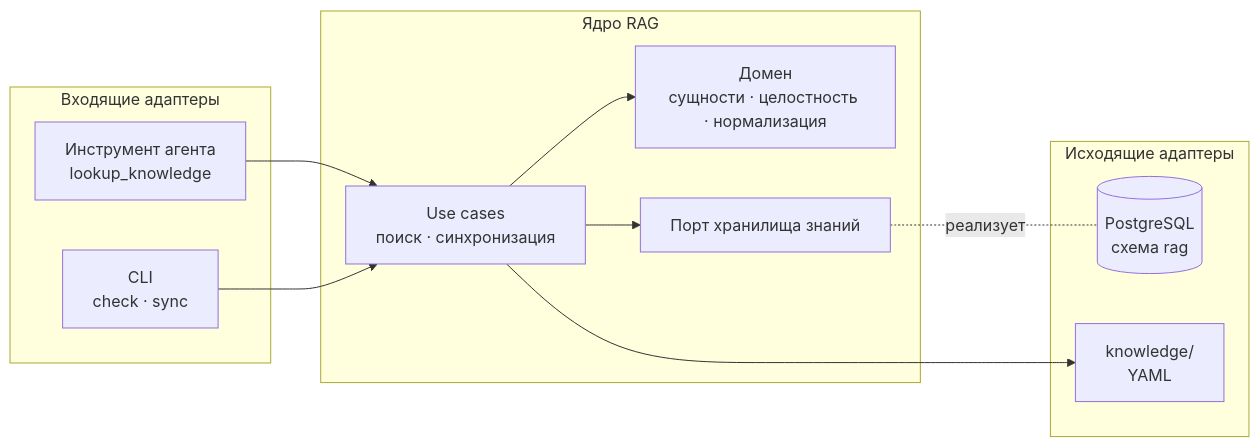
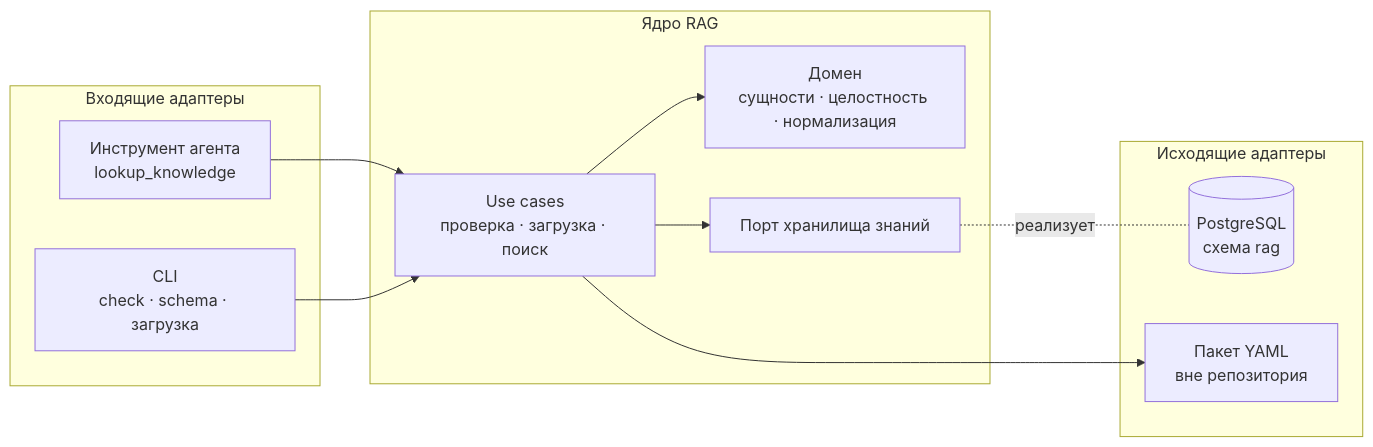
Before and after one commit to Nisakoo/BMSTU-NIRS: the first of 2 diagrams in docs/rag.md, drawn with Mermaid. The commit also changed other lines of this file and 22 other files, not shown here.

First line of the commit message:
feat(rag): add knowledge package format and check command

````diff
--- a/docs/rag.md
+++ b/docs/rag.md
@@ -24,22 +25,22 @@
 ```mermaid
 flowchart LR
     subgraph In["Входящие адаптеры"]
         Tool["Инструмент агента<br/>lookup_knowledge"]
-        CLI["CLI<br/>check · sync"]
+        CLI["CLI<br/>check · schema · загрузка"]
     end
     subgraph Core["Ядро RAG"]
-        UC["Use cases<br/>поиск · синхронизация"]
+        UC["Use cases<br/>проверка · загрузка · поиск"]
         Domain["Домен<br/>сущности · целостность · нормализация"]
         Port["Порт хранилища знаний"]
     end
     subgraph Out["Исходящие адаптеры"]
         PG[("PostgreSQL<br/>схема rag")]
-        Files["knowledge/<br/>YAML"]
+        Files["Пакет YAML<br/>вне репозитория"]
     end
     Tool --> UC
     CLI --> UC
     UC --> Domain
     UC --> Port
     Port -.реализует.- PG
     UC --> Files
 ```
````
